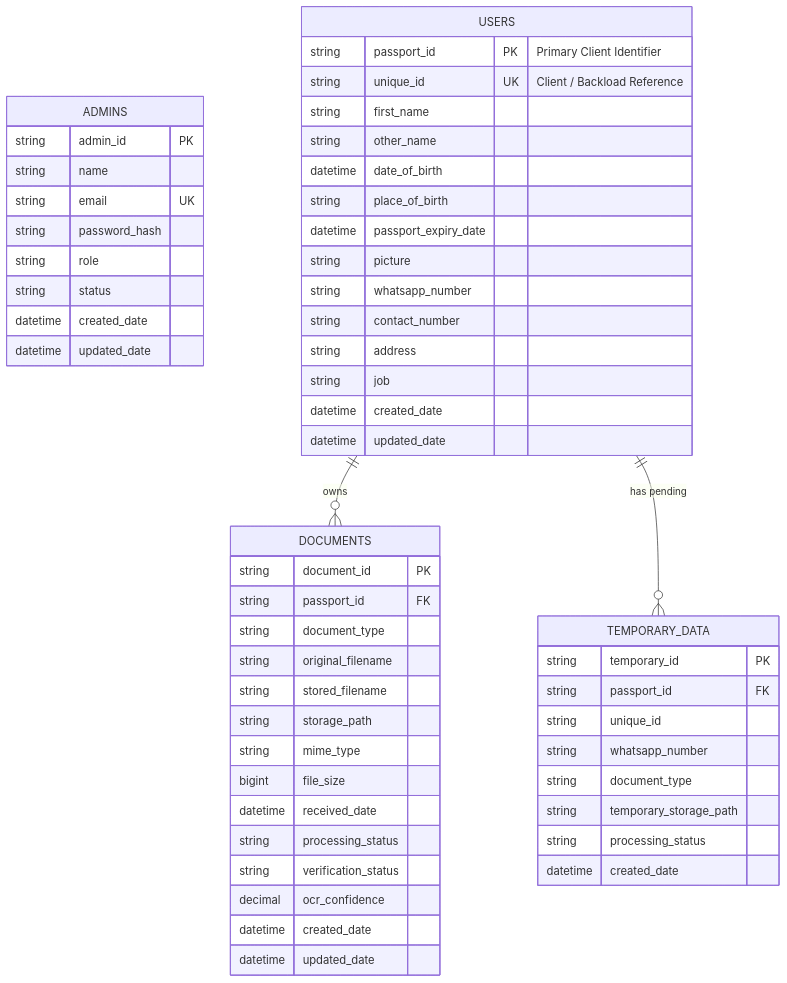
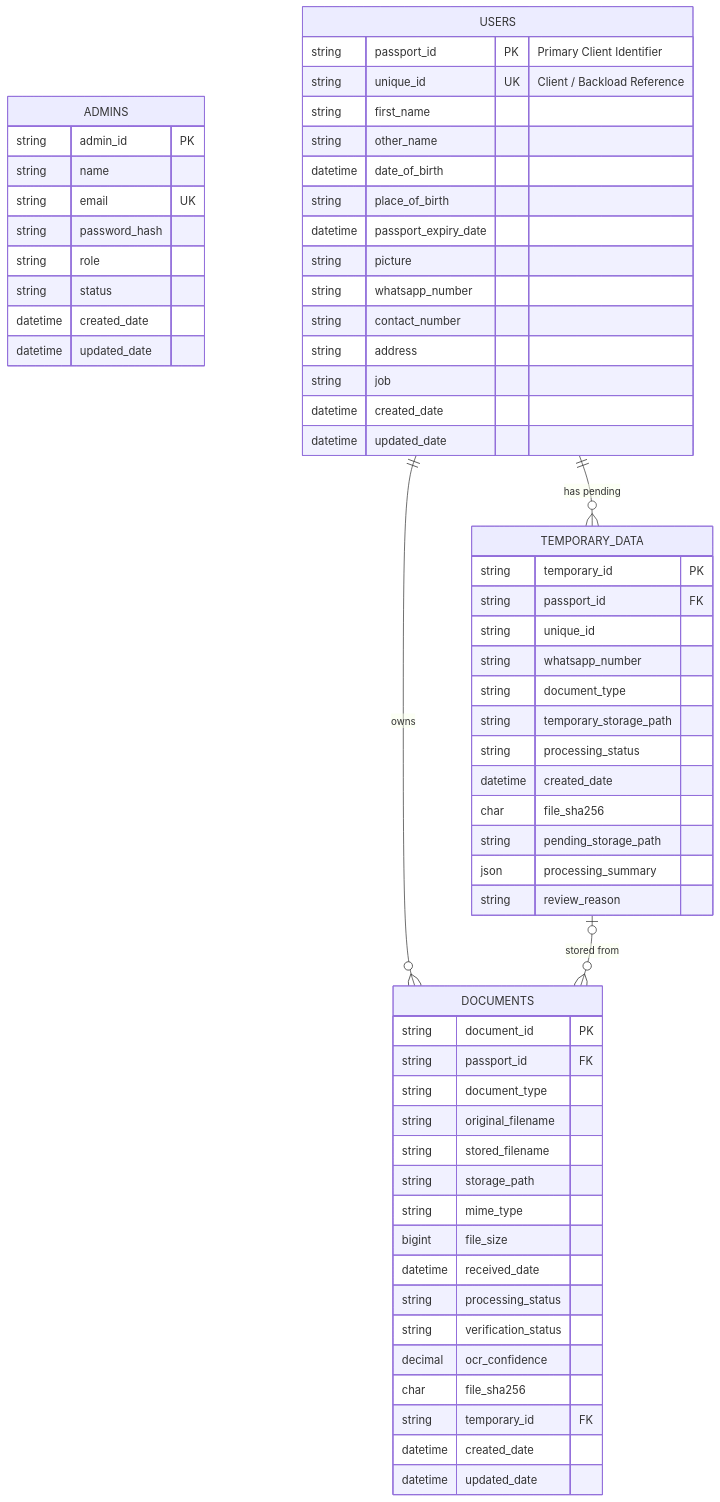
Before and after one commit to emlynk-pixel/EmlynkWABot: the fourth of 4 diagrams in README.md, drawn with Mermaid. The commit also changed other lines of this file and 26 other files, not shown here.

````diff
--- a/README.md
+++ b/README.md
@@ -189,61 +189,68 @@
 ```mermaid
 erDiagram
     ADMINS {
         string admin_id PK
         string name
         string email UK
         string password_hash
         string role
         string status
         datetime created_date
         datetime updated_date
     }
 
     USERS {
         string passport_id PK "Primary Client Identifier"
         string unique_id UK "Client / Backload Reference"
         string first_name
         string other_name
         datetime date_of_birth
         string place_of_birth
         datetime passport_expiry_date
         string picture
         string whatsapp_number
         string contact_number
         string address
         string job
         datetime created_date
         datetime updated_date
     }
 
     DOCUMENTS {
         string document_id PK
         string passport_id FK
         string document_type
         string original_filename
         string stored_filename
         string storage_path
         string mime_type
         bigint file_size
         datetime received_date
         string processing_status
         string verification_status
         decimal ocr_confidence
+        char file_sha256
+        string temporary_id FK
         datetime created_date
         datetime updated_date
     }
 
     TEMPORARY_DATA {
         string temporary_id PK
         string passport_id FK
         string unique_id
         string whatsapp_number
         string document_type
         string temporary_storage_path
         string processing_status
         datetime created_date
+        char file_sha256
+        string pending_storage_path
+        json processing_summary
+        string review_reason
     }
 
     USERS ||--o{ DOCUMENTS : "owns"
     USERS ||--o{ TEMPORARY_DATA : "has pending"
+    TEMPORARY_DATA |o--o{ DOCUMENTS : "stored from"
 ```
````
